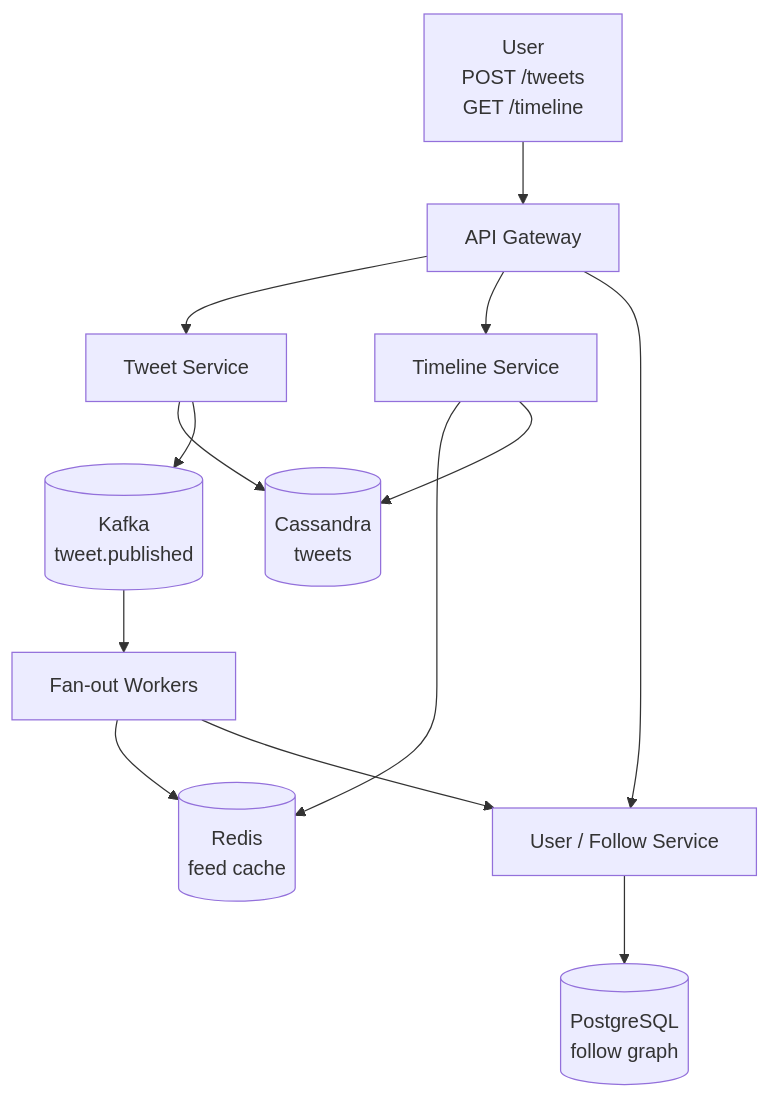
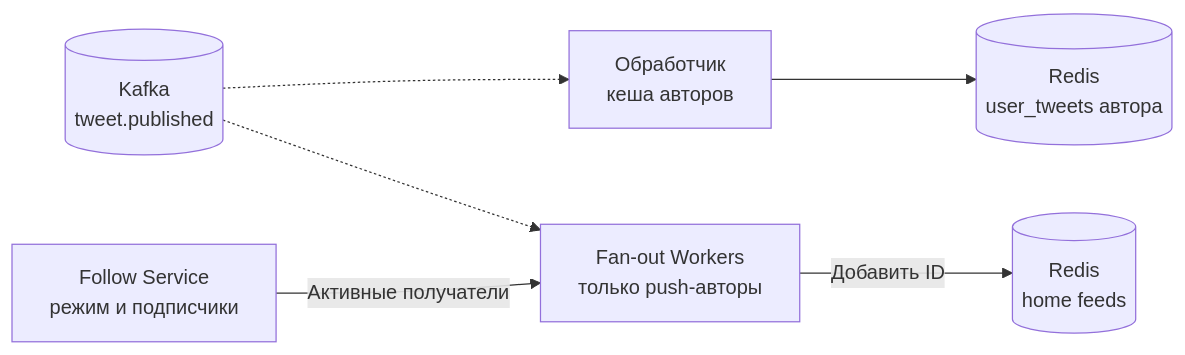
The second of 4 diagrams in docs/senior-golang-study/05-system-design/interview-cases/08-twitter-social-feed.md (fev0ks/LearnGoLang), drawn with Mermaid before and after one commit. The commit also changed other lines of this file and 26 other files, not shown here.

````diff
--- a/docs/senior-golang-study/05-system-design/interview-cases/08-twitter-social-feed.md
+++ b/docs/senior-golang-study/05-system-design/interview-cases/08-twitter-social-feed.md
@@ -178,31 +198,8 @@
 ```mermaid
-flowchart TB
-    User[User<br/>POST /tweets<br/>GET /timeline]
-    GW[API Gateway]
-
-    Tweet[Tweet Service]
-    Timeline[Timeline Service]
-    Follow[User / Follow Service]
-
-    TweetsDB[(Cassandra<br/>tweets)]
-    FeedCache[(Redis<br/>feed cache)]
-    FollowDB[(PostgreSQL<br/>follow graph)]
-
-    Kafka[(Kafka<br/>tweet.published)]
-    FanOut[Fan-out Workers]
-
-    User --> GW
-    GW --> Tweet
-    GW --> Timeline
-    GW --> Follow
-
-    Tweet --> TweetsDB
-    Tweet --> Kafka
-    Timeline --> FeedCache
-    Timeline --> TweetsDB
-    Follow --> FollowDB
-
-    Kafka --> FanOut
-    FanOut --> FeedCache
-    FanOut --> Follow
+flowchart LR
+    E[("Kafka<br/>tweet.published")] -.-> C["Обработчик<br/>кеша авторов"]
+    C --> A[("Redis<br/>user_tweets автора")]
+    E -.-> F["Fan-out Workers<br/>только push-авторы"]
+    G["Follow Service<br/>режим и подписчики"] -->|"Активные получатели"| F
+    F -->|"Добавить ID"| H[("Redis<br/>home feeds")]
 ```
````
